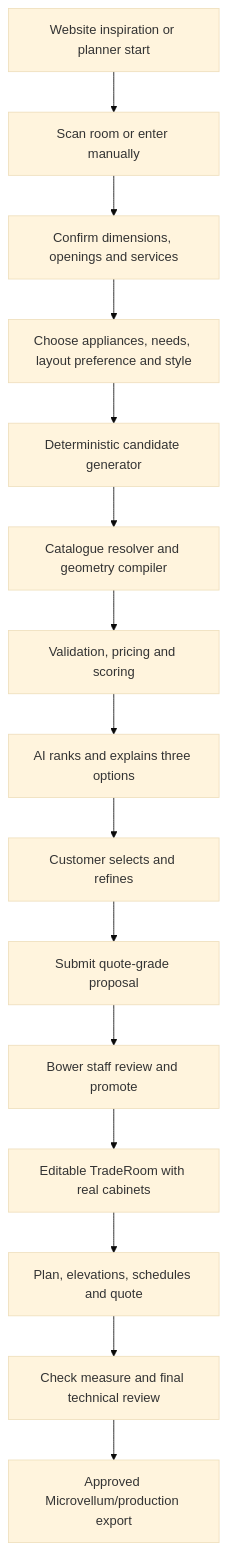
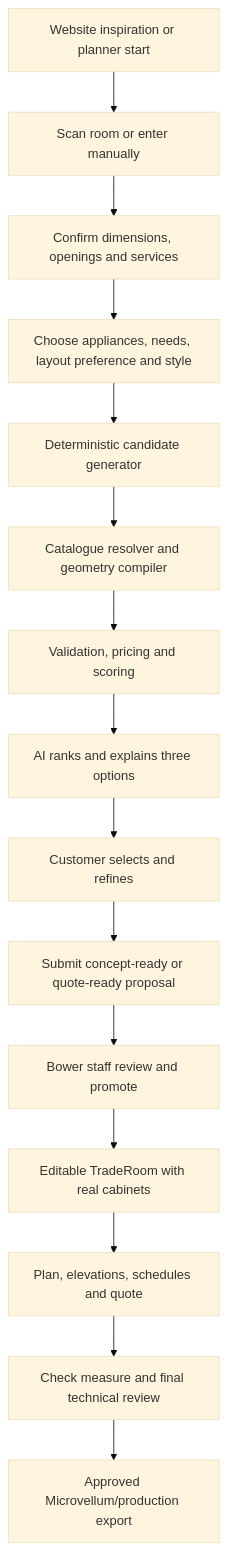
Before and after one commit to benberthelsen/bower-kitchen-planner-2e763145: the diagram in docs/AI-KITCHEN-DESIGNER-SCANNER-IMPLEMENTATION-PLAN.md, drawn with Mermaid (base theme). The commit also changed other lines of this file and 3 other files, not shown here.

````diff
--- a/docs/AI-KITCHEN-DESIGNER-SCANNER-IMPLEMENTATION-PLAN.md
+++ b/docs/AI-KITCHEN-DESIGNER-SCANNER-IMPLEMENTATION-PLAN.md
@@ -149,17 +201,17 @@
 ```mermaid
 flowchart TD
     A["Website inspiration or planner start"] --> B["Scan room or enter manually"]
     B --> C["Confirm dimensions, openings and services"]
     C --> D["Choose appliances, needs, layout preference and style"]
     D --> E["Deterministic candidate generator"]
     E --> F["Catalogue resolver and geometry compiler"]
     F --> G["Validation, pricing and scoring"]
     G --> H["AI ranks and explains three options"]
     H --> I["Customer selects and refines"]
-    I --> J["Submit quote-grade proposal"]
+    I --> J["Submit concept-ready or quote-ready proposal"]
     J --> K["Bower staff review and promote"]
     K --> L["Editable TradeRoom with real cabinets"]
     L --> M["Plan, elevations, schedules and quote"]
     M --> N["Check measure and final technical review"]
     N --> O["Approved Microvellum/production export"]
 ```
````
